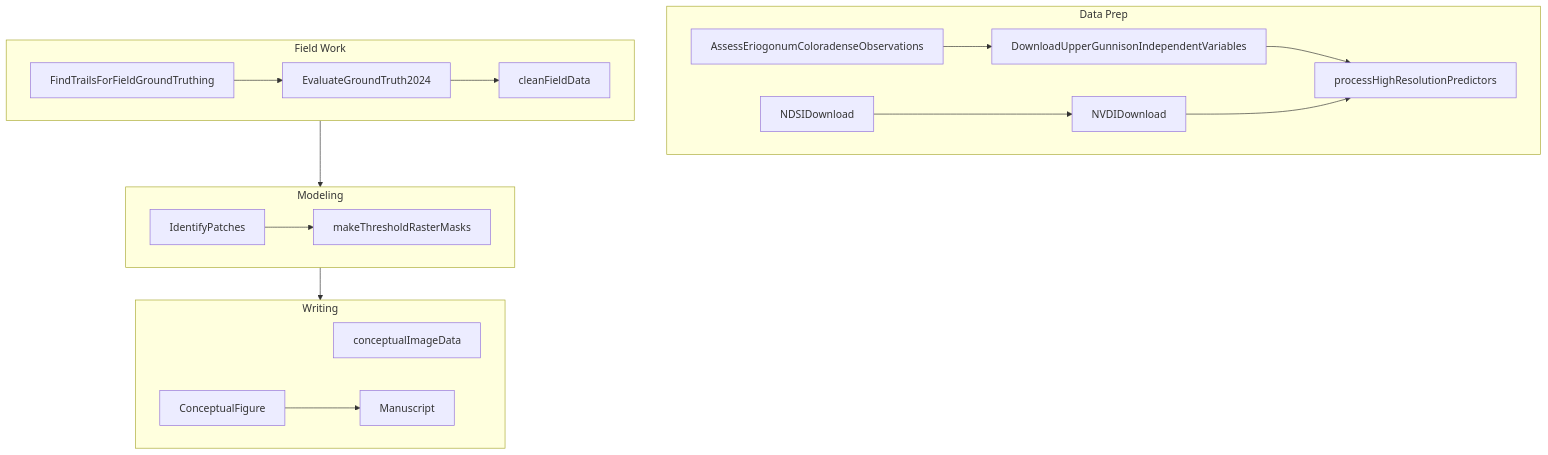
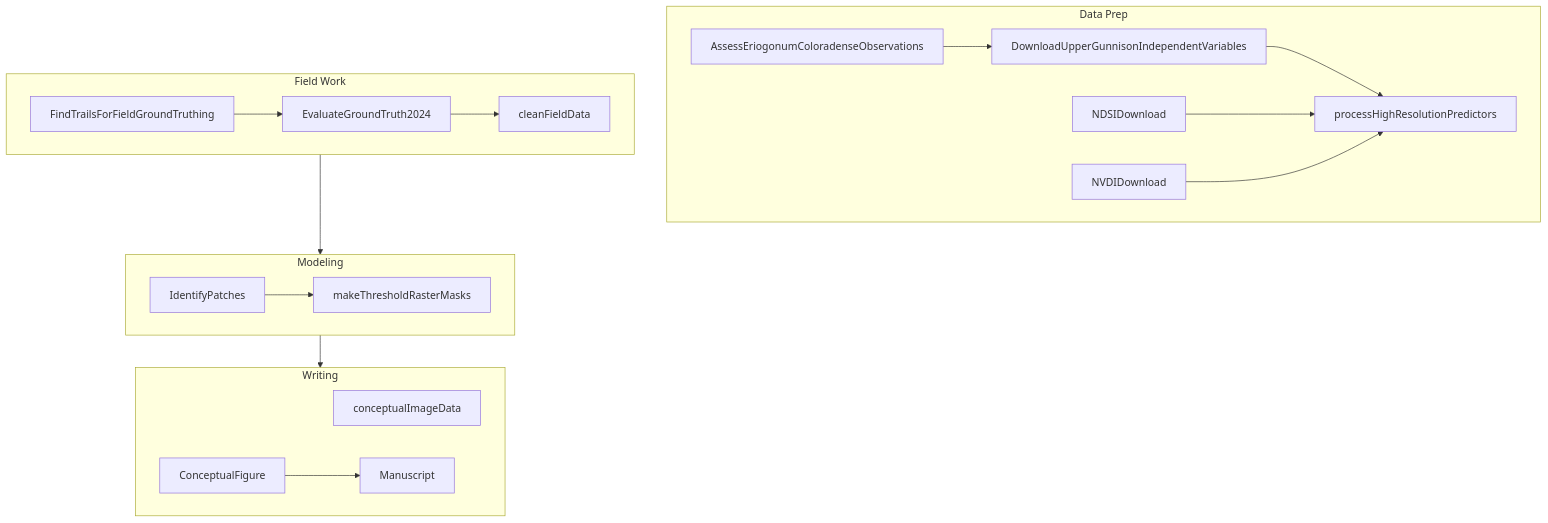
The diagram in README.md (sagesteppe/Ecoloradense), drawn with Mermaid before and after one commit. The commit also changed other lines of this file, not shown here.

````diff
--- a/README.md
+++ b/README.md
@@ -53,48 +44,48 @@
 ```mermaid
 %%{init: {"themeVariables": {"subgraphBorderRadius": "5px"}}}%%
 graph TD
     %% Data Prep Subgraph
     subgraph DataPrep["Data Prep"]
         direction LR
         AssessEriogonumColoradenseObservations
         DownloadUpperGunnisonIndependentVariables
         processHighResolutionPredictors
         NDSIDownload
         NVDIDownload
     end
 
     %% Field Work Subgraph
     subgraph FieldWork["Field Work"]
         direction LR
         FindTrailsForFieldGroundTruthing
         EvaluateGroundTruth2024
         cleanFieldData
     end
 
     %% Modeling Subgraph
     subgraph Modeling["Modeling"]
         direction LR
         IdentifyPatches
         makeThresholdRasterMasks
     end
 
     %% Writing Subgraph
     subgraph Writing["Writing"]
         direction LR
         conceptualImageData
         ConceptualFigure
         Manuscript
     end
 
     %% Connections
     AssessEriogonumColoradenseObservations --> DownloadUpperGunnisonIndependentVariables
     DownloadUpperGunnisonIndependentVariables --> processHighResolutionPredictors
-    NDSIDownload --> NVDIDownload
+    NDSIDownload --> processHighResolutionPredictors
     NVDIDownload --> processHighResolutionPredictors
     FindTrailsForFieldGroundTruthing --> EvaluateGroundTruth2024
     EvaluateGroundTruth2024 --> cleanFieldData
     cleanFieldData --> IdentifyPatches
     IdentifyPatches --> makeThresholdRasterMasks
     makeThresholdRasterMasks --> ConceptualFigure
     ConceptualFigure --> Manuscript
 ```
````
